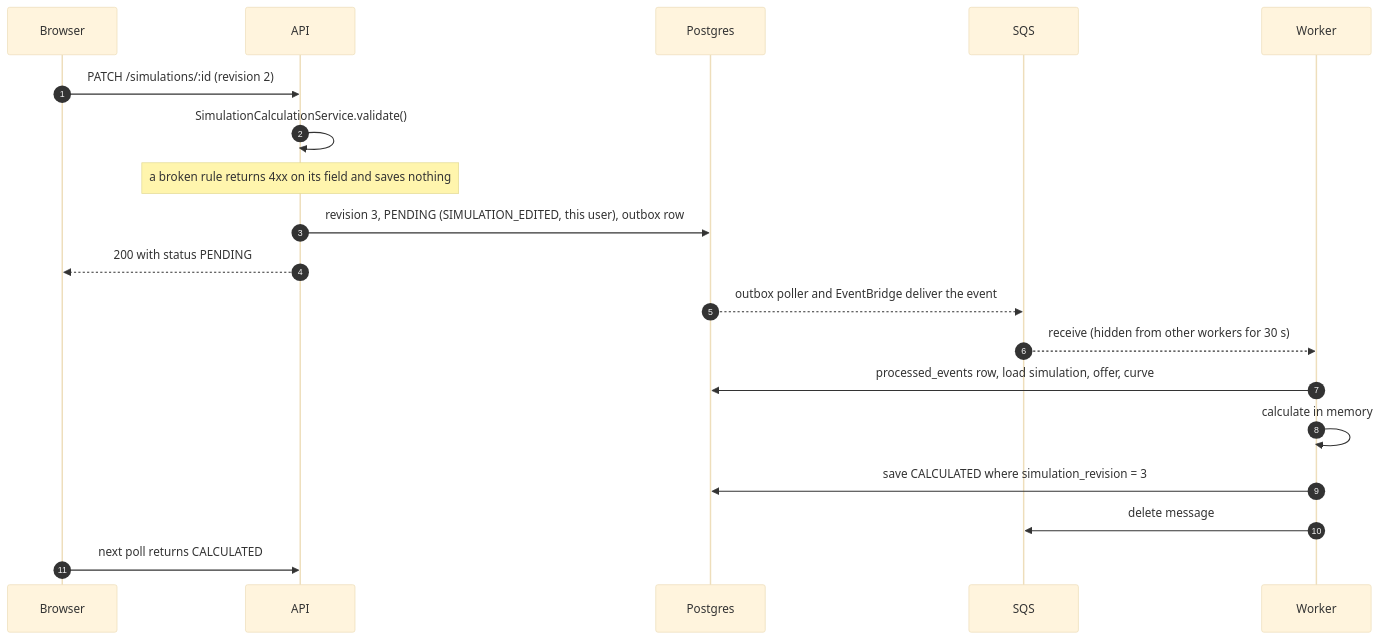
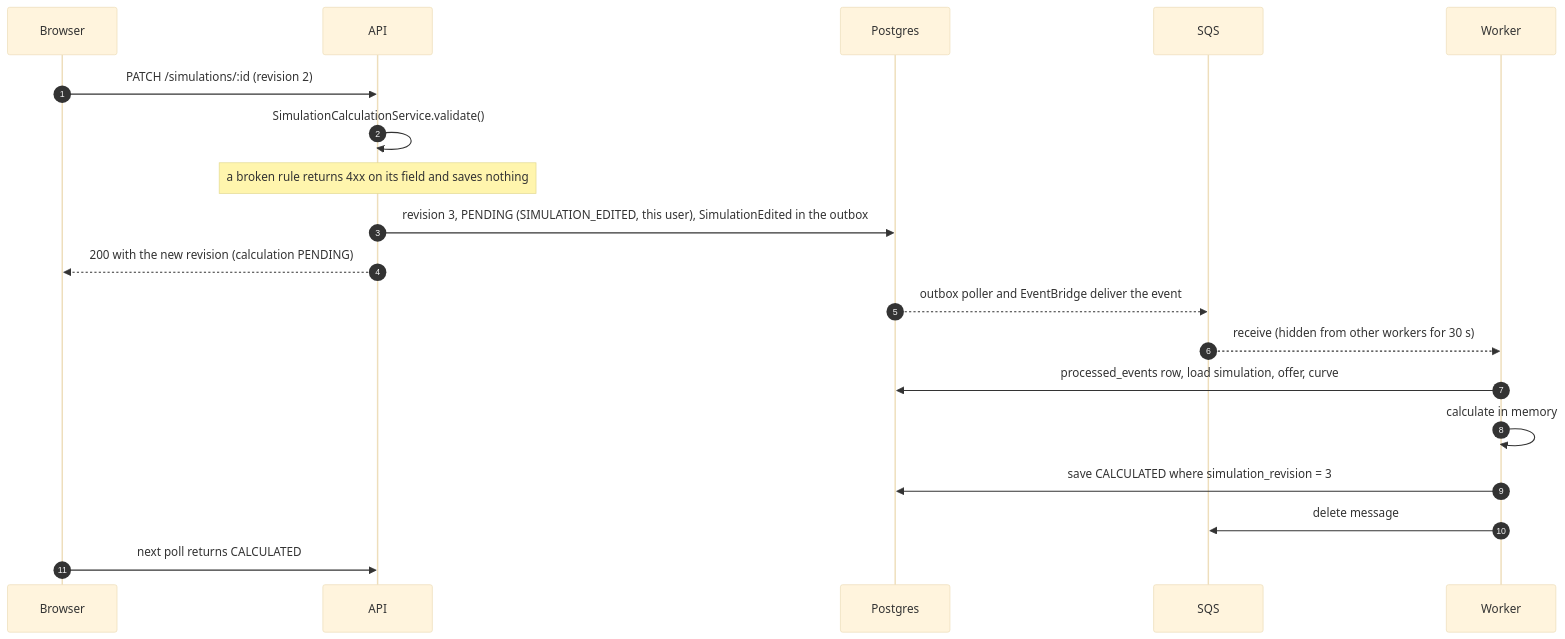
One commit to Diogo-NB/investflow changed the fifth of 9 diagrams in docs/architecture/event-flow.md. Above: the diagram before and after it, drawn with Mermaid (base theme). The commit also changed other lines of this file and 84 other files, not shown here.

````diff
--- a/docs/architecture/event-flow.md
+++ b/docs/architecture/event-flow.md
@@ -175,22 +174,22 @@
 ```mermaid
 sequenceDiagram
   autonumber
   participant B as Browser
   participant A as API
   participant DB as Postgres
   participant Q as SQS
   participant W as Worker
 
   B->>A: PATCH /simulations/:id (revision 2)
   A->>A: SimulationCalculationService.validate()
   Note over A: a broken rule returns 4xx on its field and saves nothing
-  A->>DB: revision 3, PENDING (SIMULATION_EDITED, this user), outbox row
-  A-->>B: 200 with status PENDING
+  A->>DB: revision 3, PENDING (SIMULATION_EDITED, this user), SimulationEdited in the outbox
+  A-->>B: 200 with the new revision (calculation PENDING)
   DB-->>Q: outbox poller and EventBridge deliver the event
   Q-->>W: receive (hidden from other workers for 30 s)
   W->>DB: processed_events row, load simulation, offer, curve
   W->>W: calculate in memory
   W->>DB: save CALCULATED where simulation_revision = 3
   W->>Q: delete message
   B->>A: next poll returns CALCULATED
 ```
````
